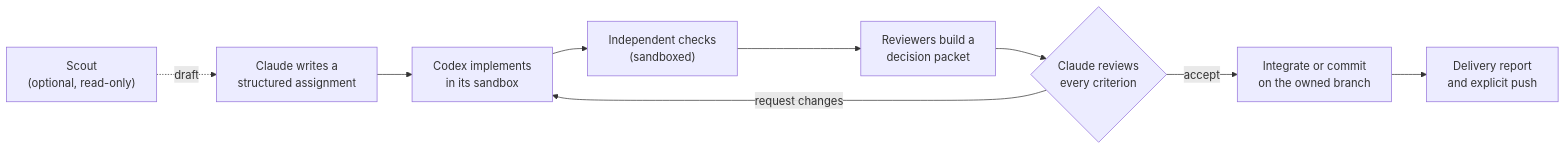
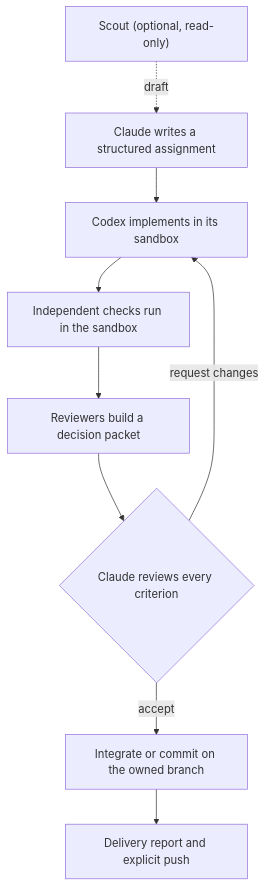
One commit to lmsutools/codex-team-claude-code-plugin changed the diagram in README.md. Above: the diagram before and after it, drawn with Mermaid.

Commit message:
README: top-to-bottom job flow diagram for legibility

````diff
--- a/README.md
+++ b/README.md
@@ -32,11 +32,11 @@
 ```mermaid
-flowchart LR
-    S["Scout<br/>(optional, read-only)"] -. draft .-> A
-    A["Claude writes a<br/>structured assignment"] --> B["Codex implements<br/>in its sandbox"]
-    B --> C["Independent checks<br/>(sandboxed)"]
-    C --> D["Reviewers build a<br/>decision packet"]
-    D --> E{"Claude reviews<br/>every criterion"}
+flowchart TB
+    S["Scout (optional, read-only)"] -. draft .-> A
+    A["Claude writes a structured assignment"] --> B["Codex implements in its sandbox"]
+    B --> C["Independent checks run in the sandbox"]
+    C --> D["Reviewers build a decision packet"]
+    D --> E{"Claude reviews every criterion"}
     E -- request changes --> B
-    E -- accept --> F["Integrate or commit<br/>on the owned branch"]
-    F --> G["Delivery report<br/>and explicit push"]
+    E -- accept --> F["Integrate or commit on the owned branch"]
+    F --> G["Delivery report and explicit push"]
 ```
````
